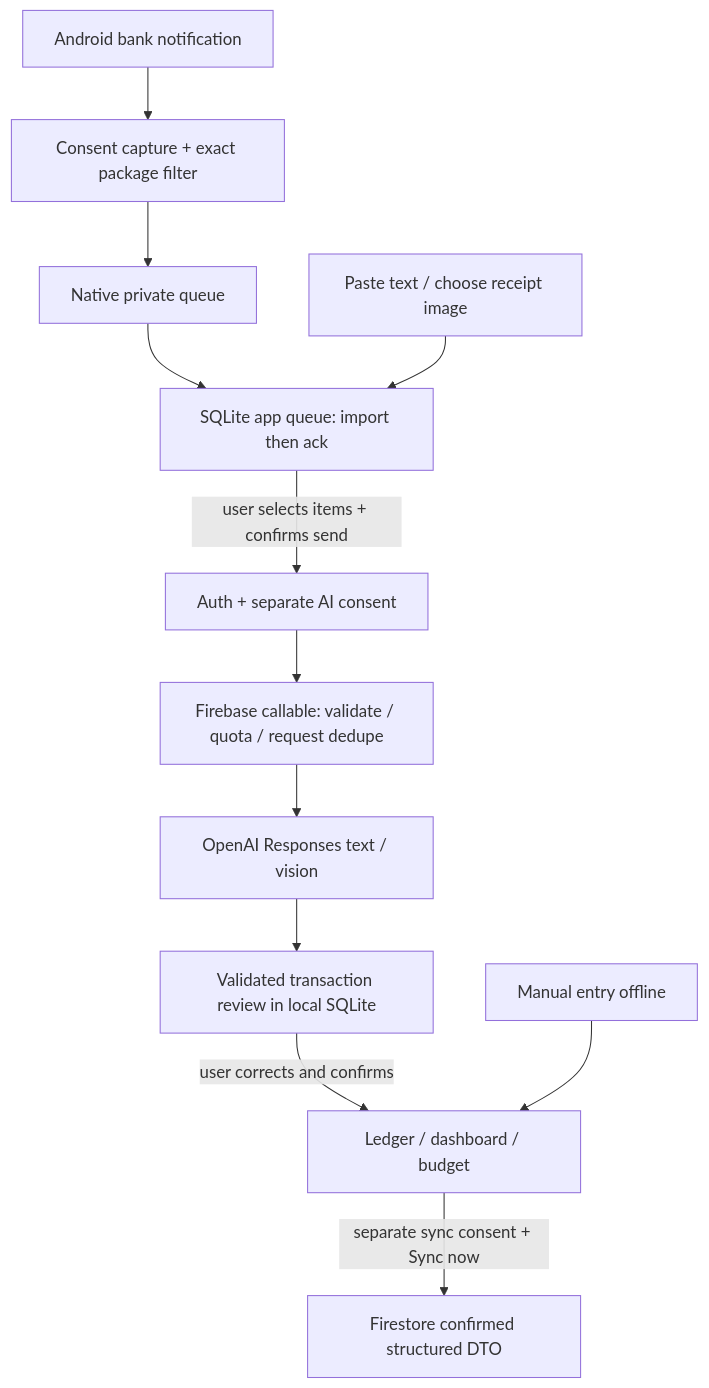
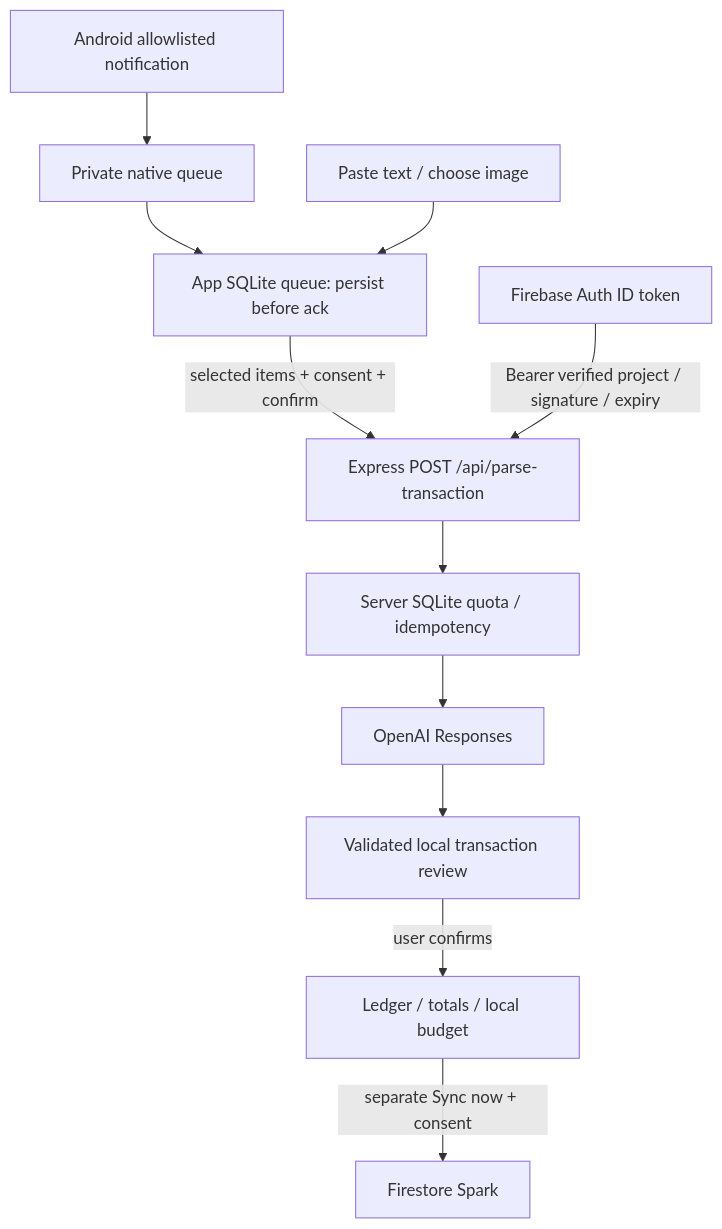
Before and after one commit to TuDaiVibeCode/kesefly: the diagram in PLAN.md, drawn with Mermaid. The commit also changed other lines of this file and 52 other files, not shown here.

Commit message:
refactor: replace Firebase Functions with standalone Express API

````diff
--- a/PLAN.md
+++ b/PLAN.md
@@ -17,14 +15,13 @@
 ```mermaid
 flowchart TD
-  A[Android bank notification] --> B[Consent capture + exact package filter]
-  B --> C[Native private queue]
-  C --> D[SQLite app queue: import then ack]
-  E[Paste text / choose receipt image] --> D
-  D -->|user selects items + confirms send| F[Auth + separate AI consent]
-  F --> G[Firebase callable: validate / quota / request dedupe]
-  G --> H[OpenAI Responses text / vision]
-  H --> I[Validated transaction review in local SQLite]
-  I -->|user corrects and confirms| J[Ledger / dashboard / budget]
-  K[Manual entry offline] --> J
-  J -->|separate sync consent + Sync now| L[Firestore confirmed structured DTO]
+  A[Android allowlisted notification] --> B[Private native queue]
+  B --> C[App SQLite queue: persist before ack]
+  D[Paste text / choose image] --> C
+  C -->|selected items + consent + confirm| E[Express POST /api/parse-transaction]
+  F[Firebase Auth ID token] -->|Bearer verified project / signature / expiry| E
+  E --> G[Server SQLite quota / idempotency]
+  G --> H[OpenAI Responses]
+  H --> I[Validated local transaction review]
+  I -->|user confirms| J[Ledger / totals / local budget]
+  J -->|separate Sync now + consent| K[Firestore Spark]
 ```
````
